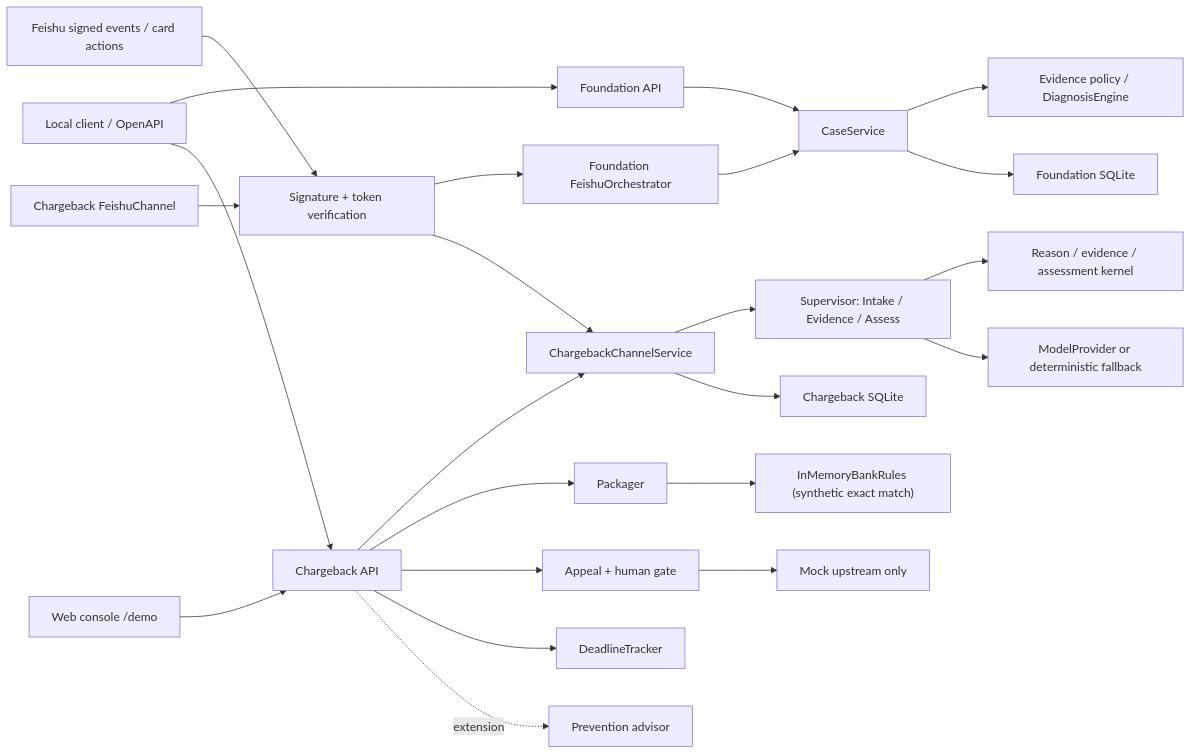
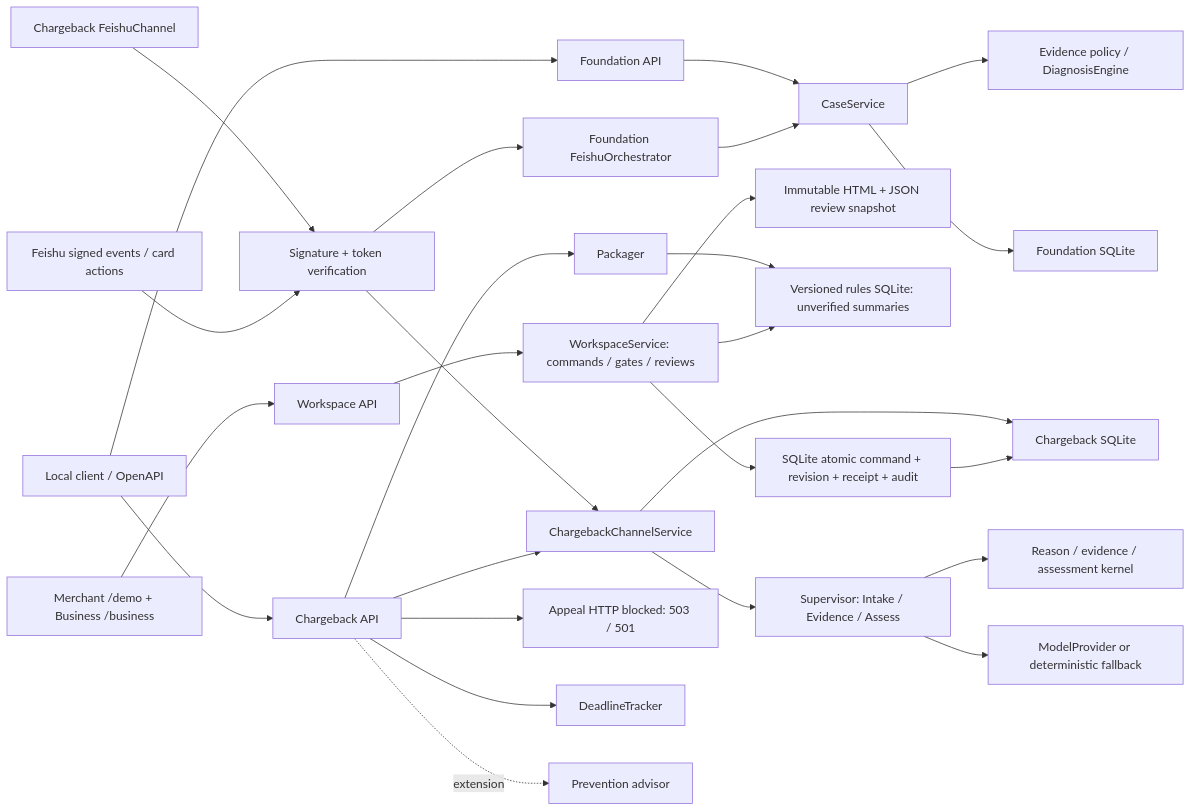
Before and after one commit to jiang4wqy/oceanpilot-evidenceos: the diagram in docs/architecture.md, drawn with Mermaid. The commit also changed other lines of this file and 103 other files, not shown here.

Commit message:
feat: add shared case workspaces and versioned review summaries

````diff
--- a/docs/architecture.md
+++ b/docs/architecture.md
@@ -20,29 +20,33 @@
 ```mermaid
 flowchart LR
     Client["Local client / OpenAPI"] --> FoundationAPI["Foundation API"]
     Client --> ChargebackAPI["Chargeback API"]
-    Demo["Web console /demo"] --> ChargebackAPI
+    Demo["Merchant /demo + Business /business"] --> WorkspaceAPI["Workspace API"]
+    WorkspaceAPI --> Workspace["WorkspaceService: commands / gates / reviews"]
+    Workspace --> Unit["SQLite atomic command + revision + receipt + audit"]
+    Unit --> ChargebackStore
+    Workspace --> Summary["Immutable HTML + JSON review snapshot"]
+    Workspace --> BankRules
 
     Feishu["Feishu signed events / card actions"] --> Verify["Signature + token verification"]
     Verify --> FeishuOrchestrator["Foundation FeishuOrchestrator"]
     FeishuOrchestrator --> FoundationService["CaseService"]
     FoundationAPI --> FoundationService
     FoundationService --> FoundationDomain["Evidence policy / DiagnosisEngine"]
     FoundationService --> FoundationStore["Foundation SQLite"]
 
     ChargebackAPI --> ChannelService["ChargebackChannelService"]
     ChannelService --> Supervisor["Supervisor: Intake / Evidence / Assess"]
     Supervisor --> ChargebackKernel["Reason / evidence / assessment kernel"]
     ChannelService --> ChargebackStore["Chargeback SQLite"]
     Supervisor --> ModelProvider["ModelProvider or deterministic fallback"]
 
     ChargebackAPI --> Packager["Packager"]
-    Packager --> BankRules["InMemoryBankRules (synthetic exact match)"]
-    ChargebackAPI --> Appeal["Appeal + human gate"]
-    Appeal --> MockUpstream["Mock upstream only"]
+    Packager --> BankRules["Versioned rules SQLite: unverified summaries"]
+    ChargebackAPI --> Appeal["Appeal HTTP blocked: 503 / 501"]
     ChargebackAPI --> Deadline["DeadlineTracker"]
     ChargebackAPI -. extension .-> Prevention["Prevention advisor"]
 
     ChargebackFeishu["Chargeback FeishuChannel"] --> Verify
     Verify --> ChannelService
 ```
````
